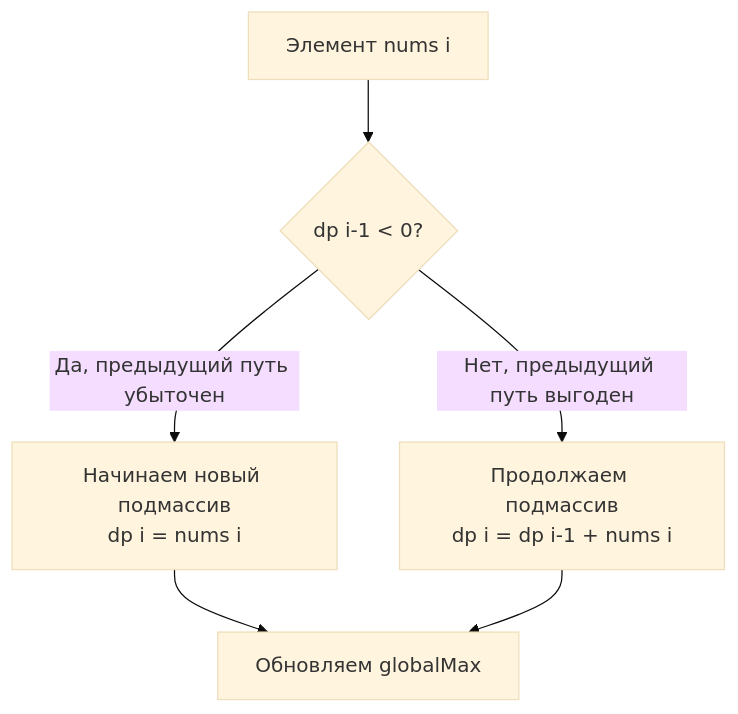
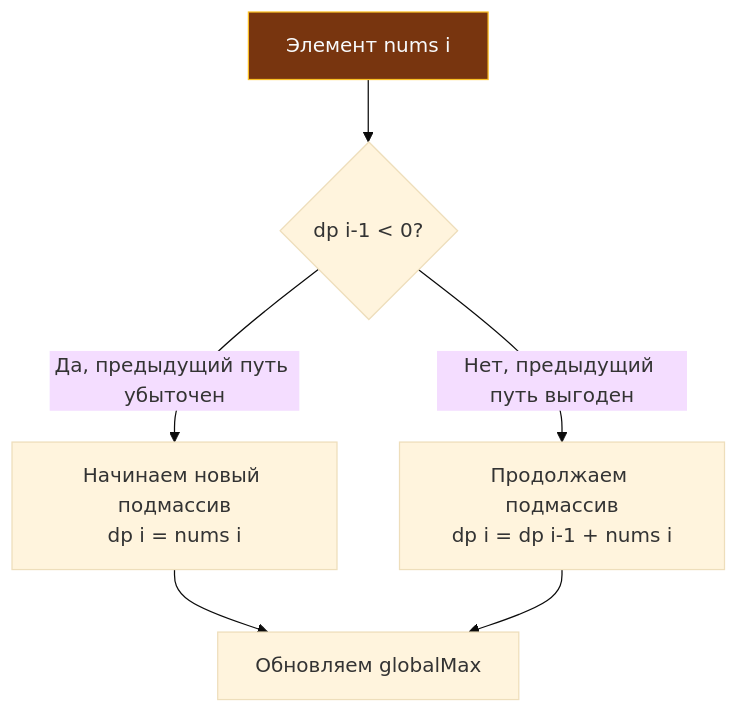
The diagram in sources/21. Задачи с LeetCode и собеседований на Go/02. Задачи/18. Динамическое программирование 1D/2. Базовые паттерны.md (UnrealTemplier/go-textbook), drawn with Mermaid (base theme) before and after one commit. The commit also changed 1666 other files, not shown here.

First line of the commit message:
feat(mermaid): add semantic color classDef to 1369 colorless flowchart/graph diagrams

````diff
--- a/sources/21. Задачи с LeetCode и собеседований на Go/02. Задачи/18. Динамическое программирование 1D/2. Базовые паттерны.md
+++ b/sources/21. Задачи с LeetCode и собеседований на Go/02. Задачи/18. Динамическое программирование 1D/2. Базовые паттерны.md
@@ -44,8 +44,18 @@
 ```mermaid
 flowchart TD
-    A["Элемент nums i"] --> B{"dp i-1 < 0?"}
+    classDef process  fill:#1e293b,stroke:#38bdf8,stroke-width:1px,color:#f8fafc
+    classDef success  fill:#064e3b,stroke:#34d399,stroke-width:1px,color:#f8fafc
+    classDef error    fill:#7f1d1d,stroke:#f87171,stroke-width:1px,color:#f8fafc
+    classDef warning  fill:#78350f,stroke:#fbbf24,stroke-width:1px,color:#f8fafc
+    classDef entry    fill:#1e3a5f,stroke:#38bdf8,stroke-width:2px,color:#f8fafc
+    classDef aux      fill:#334155,stroke:#64748b,stroke-width:1px,color:#f8fafc
+    classDef system   fill:#312e81,stroke:#a78bfa,stroke-width:1px,color:#f8fafc
+    classDef data     fill:#132d29,stroke:#2dd4bf,stroke-width:1px,color:#f8fafc
+    classDef network  fill:#881337,stroke:#fb7185,stroke-width:1px,color:#f8fafc
+    classDef accent   fill:#1e1b4b,stroke:#818cf8,stroke-width:1px,color:#f8fafc
+    A["Элемент nums i"]:::warning --> B{"dp i-1 < 0?"}
     B -- "Да, предыдущий путь убыточен" --> C["Начинаем новый подмассив<br>dp i = nums i"]
     B -- "Нет, предыдущий путь выгоден" --> D["Продолжаем подмассив<br>dp i = dp i-1 + nums i"]
     C --> E["Обновляем globalMax"]
     D --> E
 ```
````
